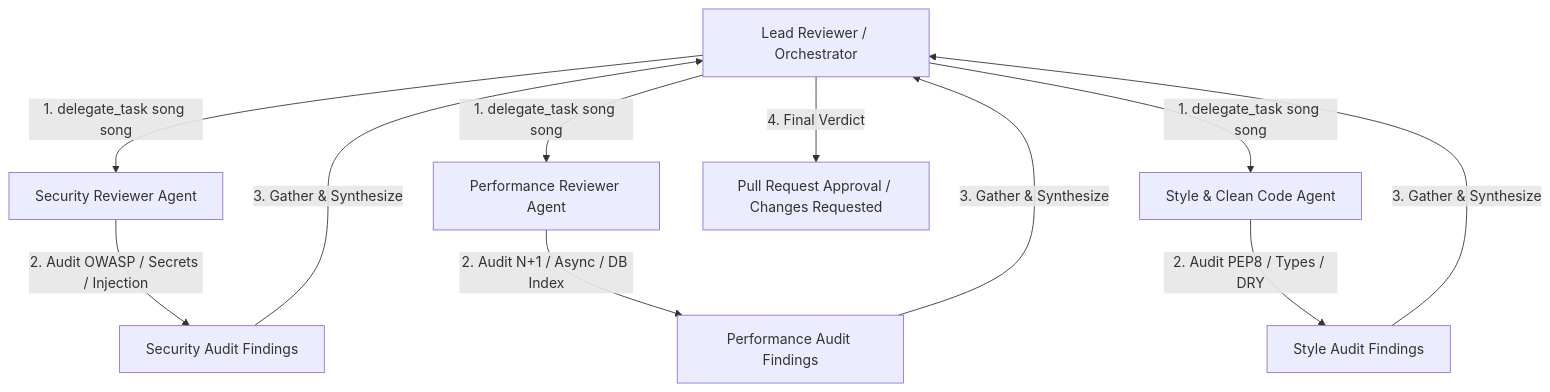
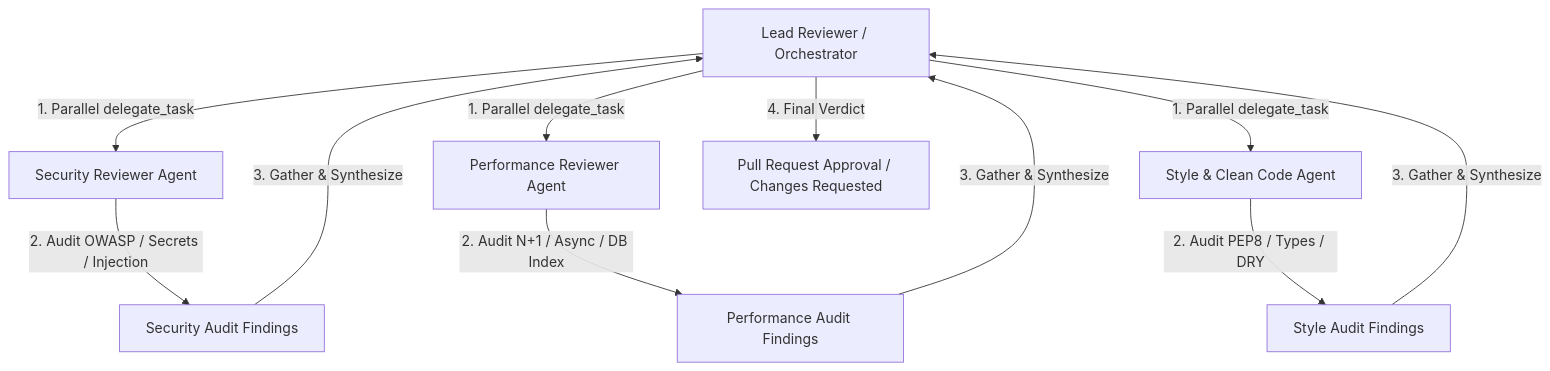
The diagram in examples/parallel_review_workflow.md (minhgv/agy-kit), drawn with Mermaid before and after one commit. The commit also changed other lines of this file and 26 other files, not shown here.

````diff
--- a/examples/parallel_review_workflow.md
+++ b/examples/parallel_review_workflow.md
@@ -9,16 +9,16 @@
 ```mermaid
 graph TD
-    Parent[Lead Reviewer / Orchestrator] -->|1. delegate_task song song| SecAgent[Security Reviewer Agent]
-    Parent -->|1. delegate_task song song| PerfAgent[Performance Reviewer Agent]
-    Parent -->|1. delegate_task song song| StyleAgent[Style & Clean Code Agent]
+    Parent[Lead Reviewer / Orchestrator] -->|1. Parallel delegate_task| SecAgent[Security Reviewer Agent]
+    Parent -->|1. Parallel delegate_task| PerfAgent[Performance Reviewer Agent]
+    Parent -->|1. Parallel delegate_task| StyleAgent[Style & Clean Code Agent]
     
     SecAgent -->|2. Audit OWASP / Secrets / Injection| SecReport[Security Audit Findings]
     PerfAgent -->|2. Audit N+1 / Async / DB Index| PerfReport[Performance Audit Findings]
     StyleAgent -->|2. Audit PEP8 / Types / DRY| StyleReport[Style Audit Findings]
     
     SecReport -->|3. Gather & Synthesize| Parent
     PerfReport -->|3. Gather & Synthesize| Parent
     StyleReport -->|3. Gather & Synthesize| Parent
     
     Parent -->|4. Final Verdict| PullRequest[Pull Request Approval / Changes Requested]
 ```
````
